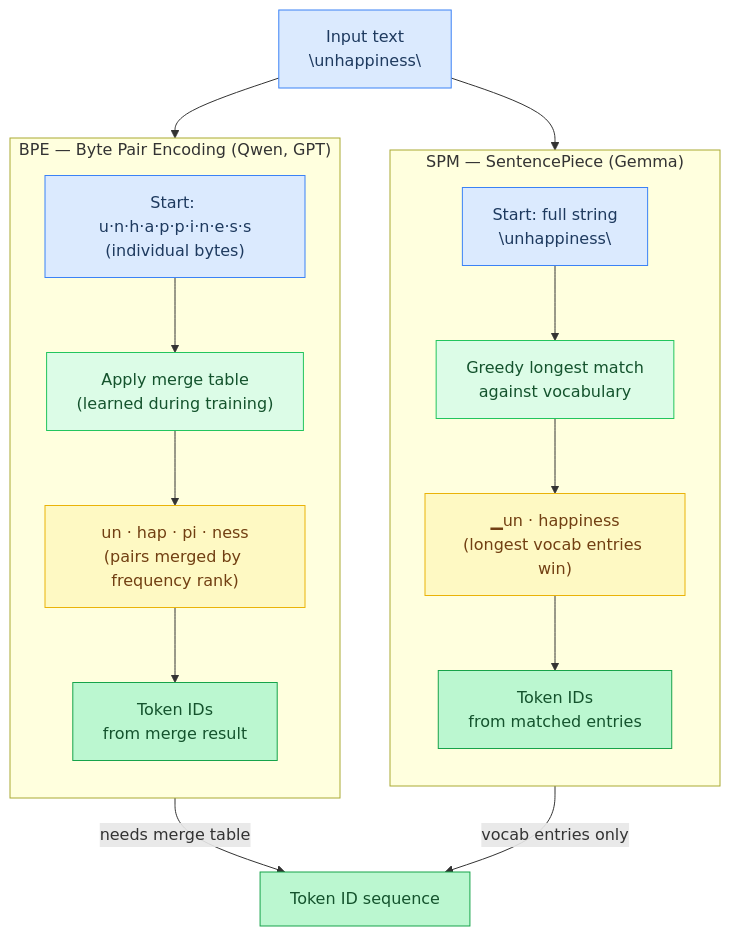
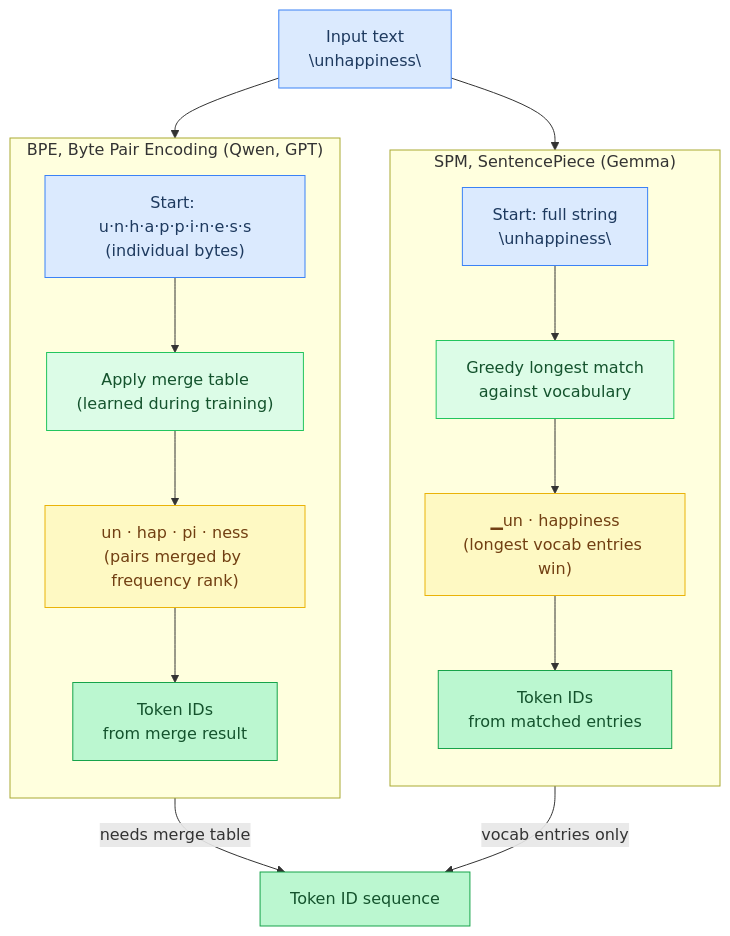
Before and after one commit to maci0/agave: the fourth of 8 diagrams in docs/tutorial/01-tokens-and-text.md, drawn with Mermaid. The commit also changed other lines of this file and 196 other files, not shown here.

````diff
--- a/docs/tutorial/01-tokens-and-text.md
+++ b/docs/tutorial/01-tokens-and-text.md
@@ -124,36 +124,36 @@
 ```mermaid
 flowchart TB
     classDef setup     fill:#dbeafe,stroke:#3b82f6,color:#1e3a5f
     classDef sync      fill:#dcfce7,stroke:#22c55e,color:#14532d
     classDef migration fill:#fef9c3,stroke:#eab308,color:#713f12
     classDef success   fill:#bbf7d0,stroke:#16a34a,color:#14532d
     classDef danger    fill:#fee2e2,stroke:#ef4444,color:#7f1d1d
     classDef optional  fill:#f3e8ff,stroke:#9333ea,color:#581c87
 
     Input["Input text\n\"unhappiness\""]:::setup
     Out["Token ID sequence"]:::success
 
-    subgraph BPE["BPE — Byte Pair Encoding (Qwen, GPT)"]
+    subgraph BPE["BPE, Byte Pair Encoding (Qwen, GPT)"]
         direction TB
         B1["Start: u·n·h·a·p·p·i·n·e·s·s\n(individual bytes)"]:::setup
         B2["Apply merge table\n(learned during training)"]:::sync
         B3["un · hap · pi · ness\n(pairs merged by frequency rank)"]:::migration
         B4["Token IDs\nfrom merge result"]:::success
         B1 --> B2 --> B3 --> B4
     end
 
-    subgraph SPM["SPM — SentencePiece (Gemma)"]
+    subgraph SPM["SPM, SentencePiece (Gemma)"]
         direction TB
         S1["Start: full string\n\"unhappiness\""]:::setup
         S2["Greedy longest match\nagainst vocabulary"]:::sync
         S3["▁un · happiness\n(longest vocab entries win)"]:::migration
         S4["Token IDs\nfrom matched entries"]:::success
         S1 --> S2 --> S3 --> S4
     end
 
     Input --> BPE
     Input --> SPM
 
     BPE -->|"needs merge table"| Out
     SPM -->|"vocab entries only"| Out
 ```
````
